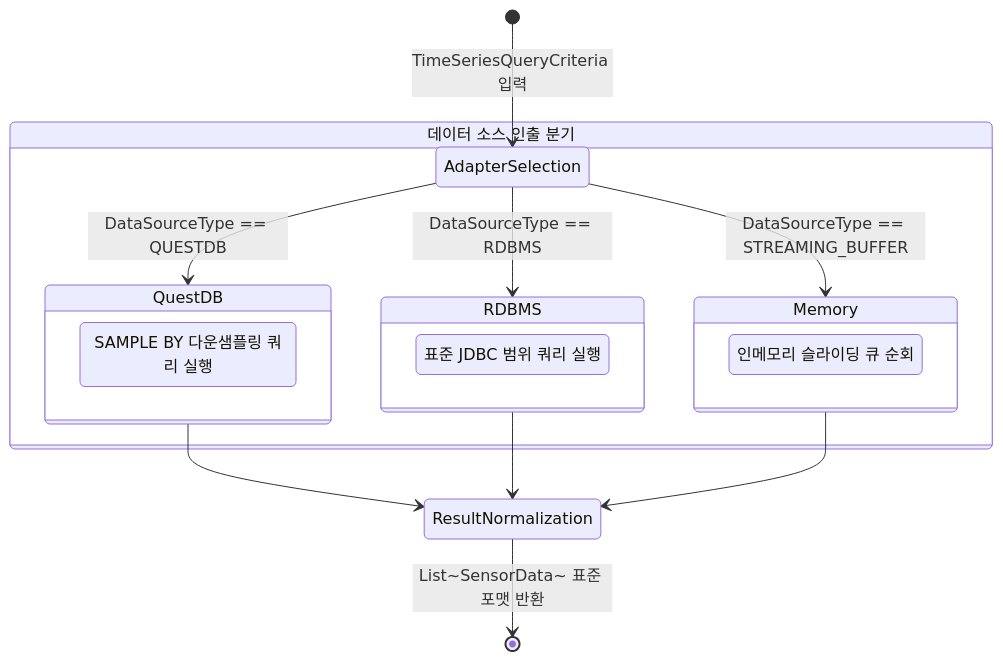
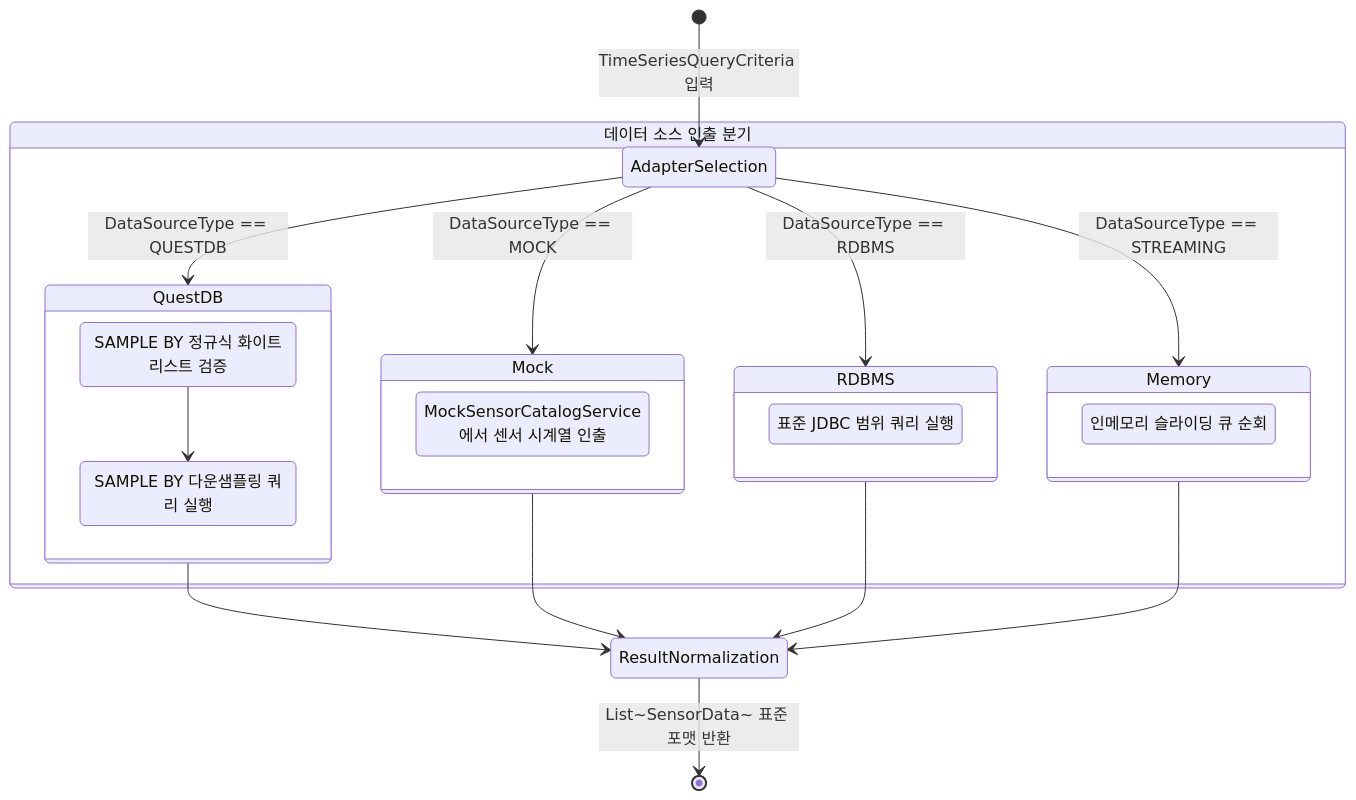
Before and after one commit to imoil/formula-evaluator-service: the seventh of 8 diagrams in ARCHITECTURE_GUIDE.md, drawn with Mermaid. The commit also changed other lines of this file and 4 other files, not shown here.

First line of the commit message:
docs: update architecture, README, GEMINI, and frontend/streaming guides

````diff
--- a/ARCHITECTURE_GUIDE.md
+++ b/ARCHITECTURE_GUIDE.md
@@ -247,28 +507,36 @@
 ```mermaid
 stateDiagram-v2
     [*] --> AdapterSelection : TimeSeriesQueryCriteria 입력
     
     state "데이터 소스 인출 분기" as Branching {
         AdapterSelection --> QuestDB : DataSourceType == QUESTDB
+        AdapterSelection --> Mock : DataSourceType == MOCK
         AdapterSelection --> RDBMS : DataSourceType == RDBMS
-        AdapterSelection --> Memory : DataSourceType == STREAMING_BUFFER
+        AdapterSelection --> Memory : DataSourceType == STREAMING
     }
 
     state QuestDB {
+        VerifySampleBy : SAMPLE BY 정규식 화이트리스트 검증
         ExecuteSampleBy : SAMPLE BY 다운샘플링 쿼리 실행
+        VerifySampleBy --> ExecuteSampleBy
+    }
+
+    state Mock {
+        FetchCatalog : MockSensorCatalogService에서 센서 시계열 인출
     }
 
     state RDBMS {
         ExecuteJdbc : 표준 JDBC 범위 쿼리 실행
     }
 
     state Memory {
         FetchRingBuffer : 인메모리 슬라이딩 큐 순회
     }
 
     QuestDB --> ResultNormalization
+    Mock --> ResultNormalization
     RDBMS --> ResultNormalization
     Memory --> ResultNormalization
     
     ResultNormalization --> [*] : List~SensorData~ 표준 포맷 반환
 ```
````
